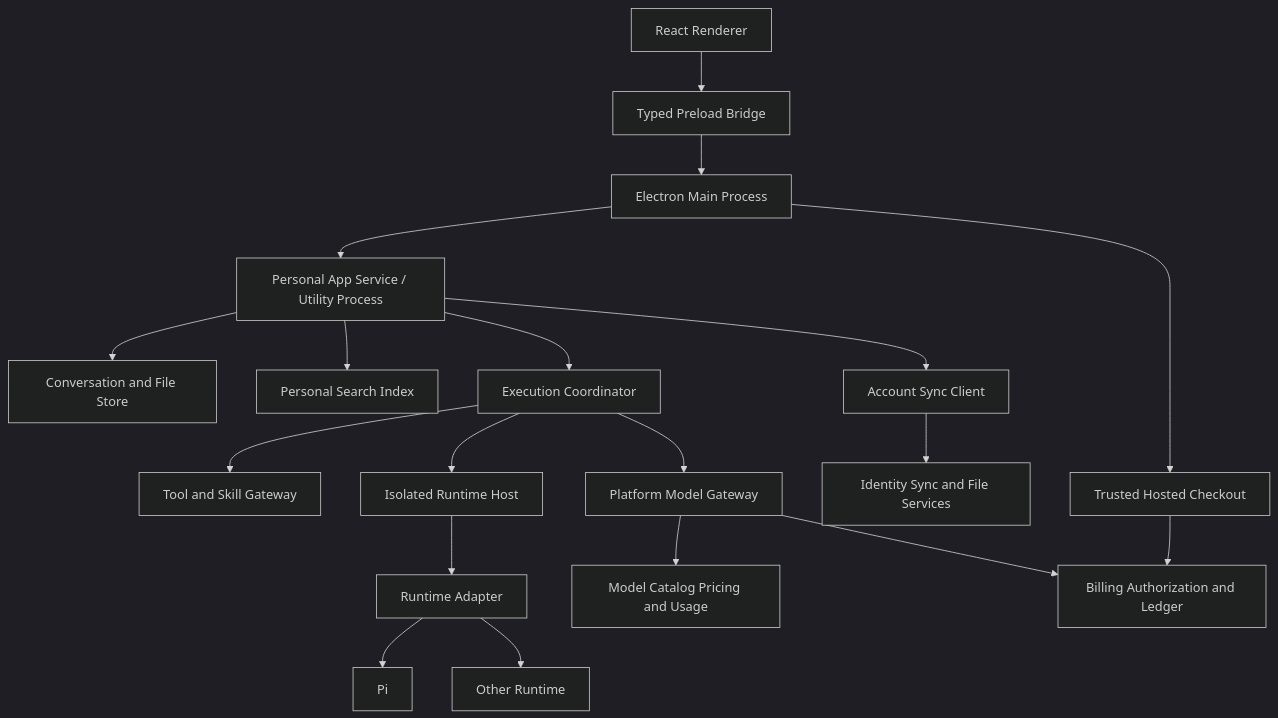
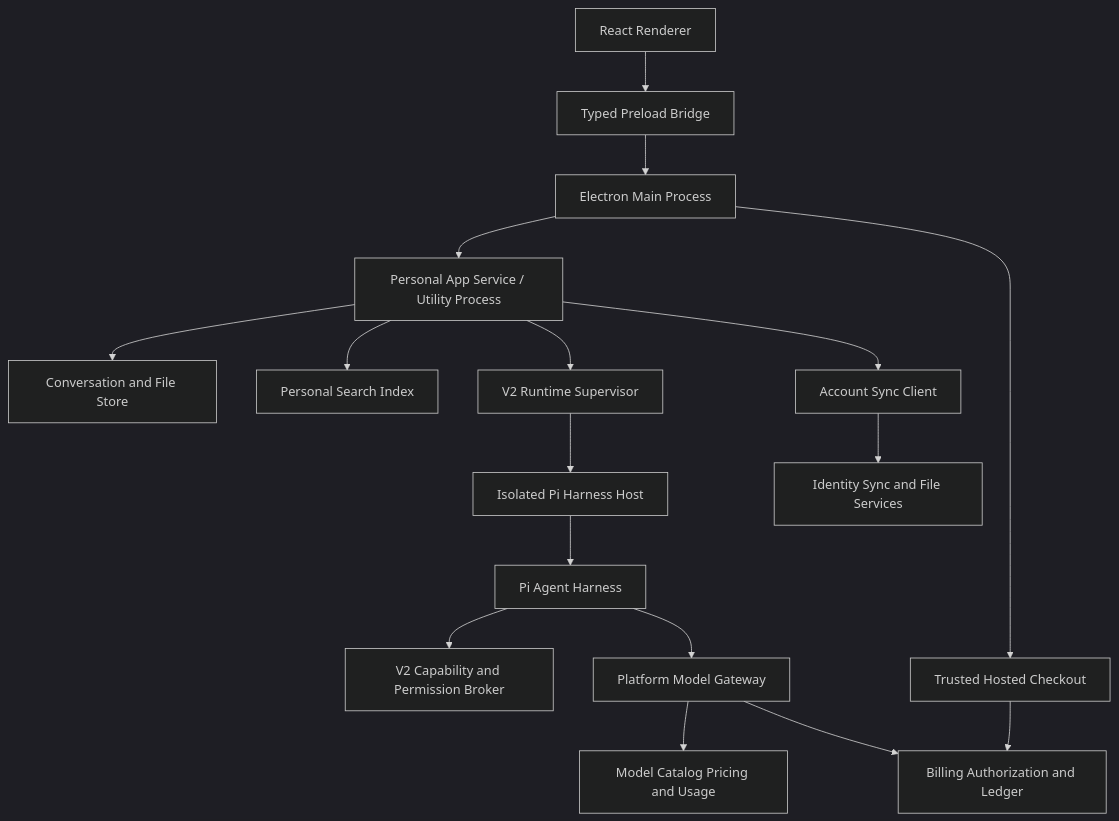
Before and after one commit to openerserver/openerx: the diagram in docs/v2/05-platform-and-runtime-contract.md, drawn with Mermaid (dark theme). The commit also changed other lines of this file and 79 other files, not shown here.

````diff
--- a/docs/v2/05-platform-and-runtime-contract.md
+++ b/docs/v2/05-platform-and-runtime-contract.md
@@ -23,21 +23,19 @@
 ```mermaid
 flowchart TD
   UI[React Renderer] --> PRELOAD[Typed Preload Bridge]
   PRELOAD --> MAIN[Electron Main Process]
   MAIN --> APP[Personal App Service / Utility Process]
   APP --> STORE[Conversation and File Store]
   APP --> SEARCH[Personal Search Index]
-  APP --> EXEC[Execution Coordinator]
-  EXEC --> TOOLS[Tool and Skill Gateway]
-  EXEC --> HOST[Isolated Runtime Host]
-  HOST --> ADAPTER[Runtime Adapter]
-  ADAPTER --> PI[Pi]
-  ADAPTER --> OTHER[Other Runtime]
+  APP --> SUPERVISOR[V2 Runtime Supervisor]
+  SUPERVISOR --> HOST[Isolated Pi Harness Host]
+  HOST --> PI[Pi Agent Harness]
+  PI --> TOOLS[V2 Capability and Permission Broker]
   APP --> SYNC[Account Sync Client]
   SYNC --> CLOUD[Identity Sync and File Services]
-  EXEC --> MODEL[Platform Model Gateway]
+  PI --> MODEL[Platform Model Gateway]
   MODEL --> CATALOG[Model Catalog Pricing and Usage]
   MODEL --> BILLING[Billing Authorization and Ledger]
   MAIN --> CHECKOUT[Trusted Hosted Checkout]
   CHECKOUT --> BILLING
 ```
````
